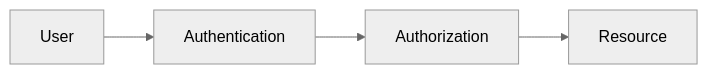
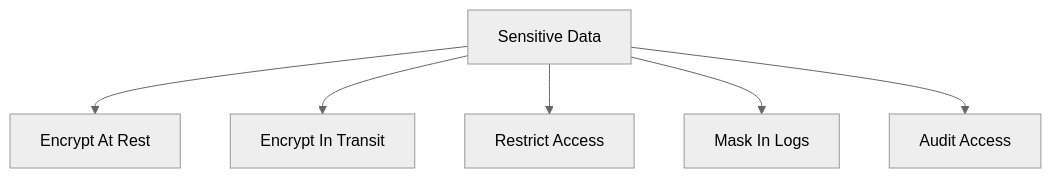
The second of 2 diagrams in systemdesign/11. Security and Access Control (System-Level)/Concept.md (dbajajmnk/systemdesign), drawn with Mermaid (neutral theme) before and after one commit. The commit also changed other lines of this file and 1 other file, not shown here.

````diff
--- a/systemdesign/11. Security and Access Control (System-Level)/Concept.md
+++ b/systemdesign/11. Security and Access Control (System-Level)/Concept.md
@@ -128,6 +414,8 @@
-```mermaid
-flowchart LR
-    User --> Auth[Authentication]
-    Auth --> Access[Authorization]
-    Access --> Resource
+```mermaid id="h72wjv"
+flowchart TD
+    D[Sensitive Data] --> R1[Encrypt At Rest]
+    D --> R2[Encrypt In Transit]
+    D --> R3[Restrict Access]
+    D --> R4[Mask In Logs]
+    D --> R5[Audit Access]
 ```
````
